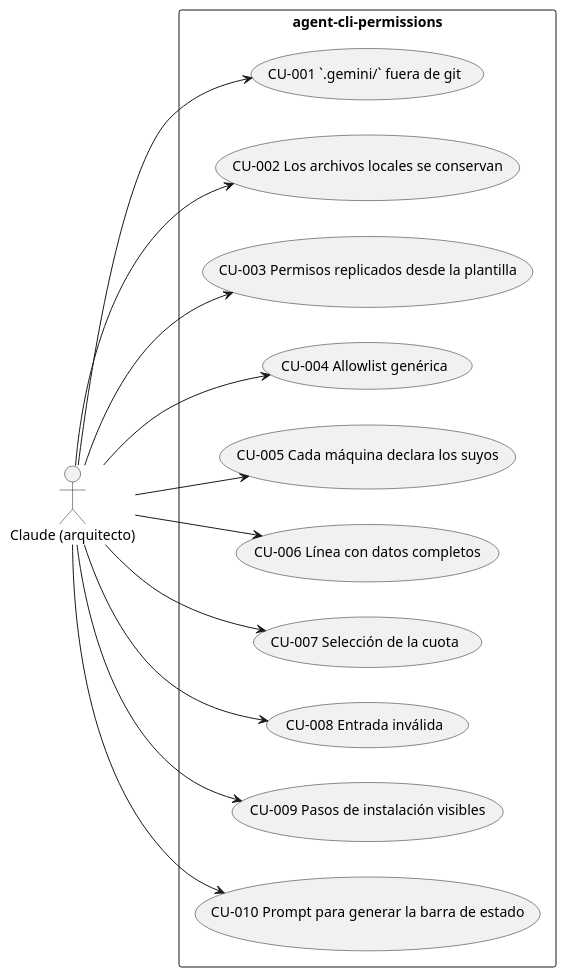
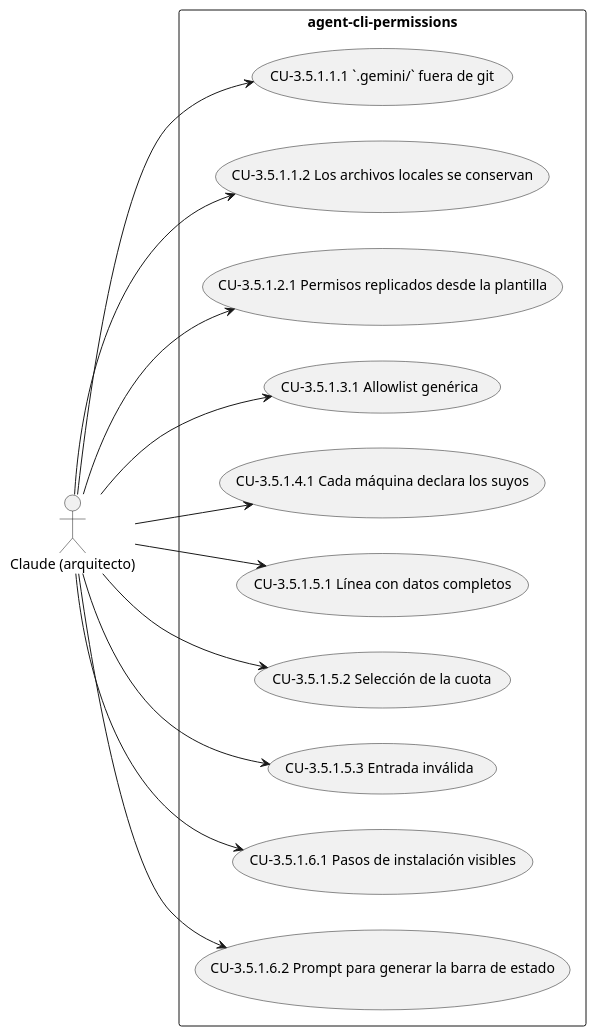
Before and after one commit to Lautaro-Montecchiani/sdd-global-config: the first of 10 diagrams in docs/srs.md, drawn with PlantUML. The commit also changed other lines of this file and 1 other file, not shown here.

First line of the commit message:
docs: regenerar SRS con spec-purpose

````diff
--- a/docs/srs.md
+++ b/docs/srs.md
@@ -205,28 +207,28 @@
 ```plantuml
 @startuml
 left to right direction
 actor "Claude (arquitecto)" as A1
 rectangle "agent-cli-permissions" {
-  usecase "CU-001 `.gemini/` fuera de git" as CU001
-  usecase "CU-002 Los archivos locales se conservan" as CU002
-  usecase "CU-003 Permisos replicados desde la plantilla" as CU003
-  usecase "CU-004 Allowlist genérica" as CU004
-  usecase "CU-005 Cada máquina declara los suyos" as CU005
-  usecase "CU-006 Línea con datos completos" as CU006
-  usecase "CU-007 Selección de la cuota" as CU007
-  usecase "CU-008 Entrada inválida" as CU008
-  usecase "CU-009 Pasos de instalación visibles" as CU009
-  usecase "CU-010 Prompt para generar la barra de estado" as CU010
+  usecase "CU-3.5.1.1.1 `.gemini/` fuera de git" as UC_3_5_1_1_1
+  usecase "CU-3.5.1.1.2 Los archivos locales se conservan" as UC_3_5_1_1_2
+  usecase "CU-3.5.1.2.1 Permisos replicados desde la plantilla" as UC_3_5_1_2_1
+  usecase "CU-3.5.1.3.1 Allowlist genérica" as UC_3_5_1_3_1
+  usecase "CU-3.5.1.4.1 Cada máquina declara los suyos" as UC_3_5_1_4_1
+  usecase "CU-3.5.1.5.1 Línea con datos completos" as UC_3_5_1_5_1
+  usecase "CU-3.5.1.5.2 Selección de la cuota" as UC_3_5_1_5_2
+  usecase "CU-3.5.1.5.3 Entrada inválida" as UC_3_5_1_5_3
+  usecase "CU-3.5.1.6.1 Pasos de instalación visibles" as UC_3_5_1_6_1
+  usecase "CU-3.5.1.6.2 Prompt para generar la barra de estado" as UC_3_5_1_6_2
 }
-A1 --> CU001
-A1 --> CU002
-A1 --> CU003
-A1 --> CU004
-A1 --> CU005
-A1 --> CU006
-A1 --> CU007
-A1 --> CU008
-A1 --> CU009
-A1 --> CU010
+A1 --> UC_3_5_1_1_1
+A1 --> UC_3_5_1_1_2
+A1 --> UC_3_5_1_2_1
+A1 --> UC_3_5_1_3_1
+A1 --> UC_3_5_1_4_1
+A1 --> UC_3_5_1_5_1
+A1 --> UC_3_5_1_5_2
+A1 --> UC_3_5_1_5_3
+A1 --> UC_3_5_1_6_1
+A1 --> UC_3_5_1_6_2
 @enduml
 ```
````
